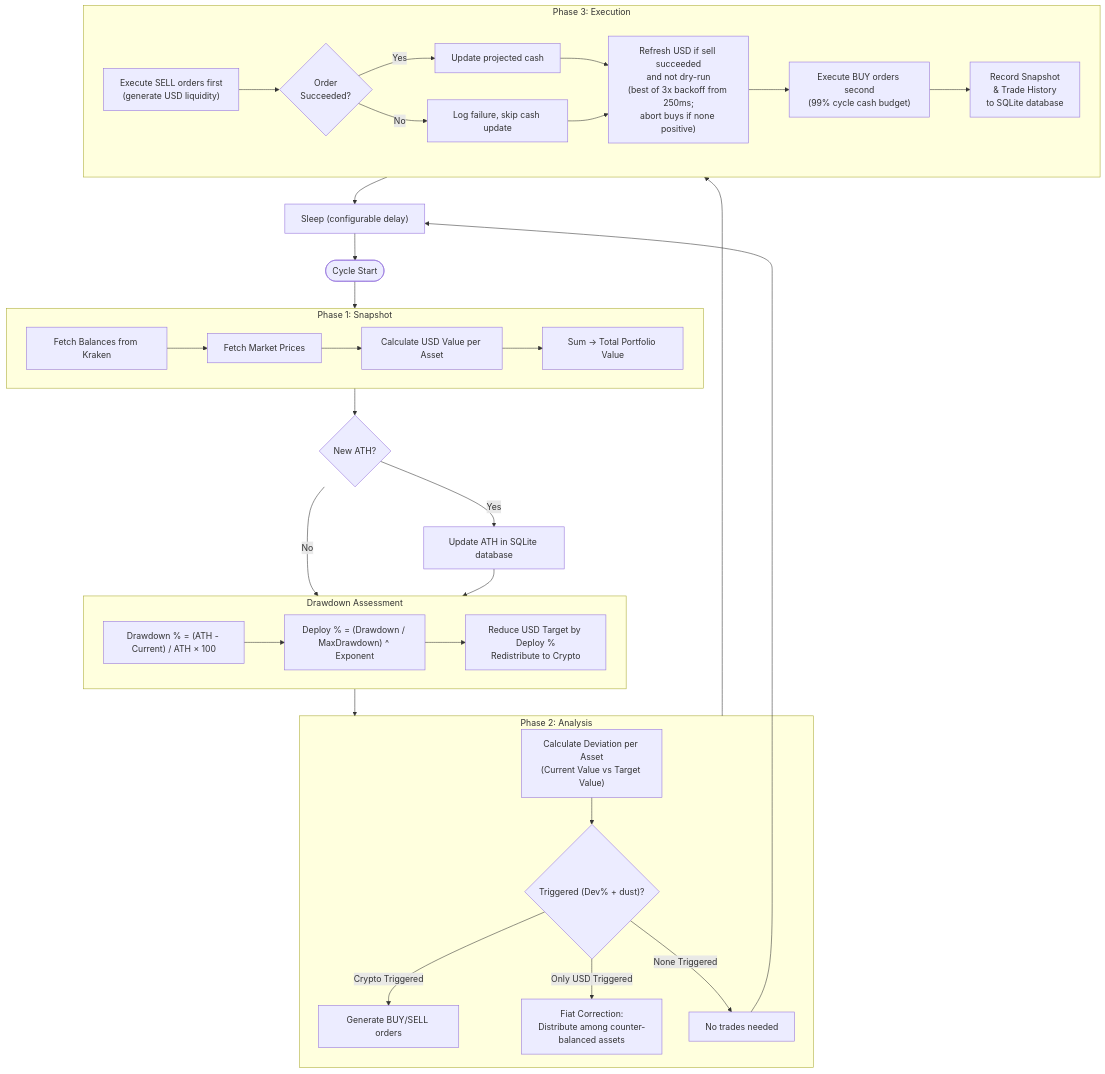
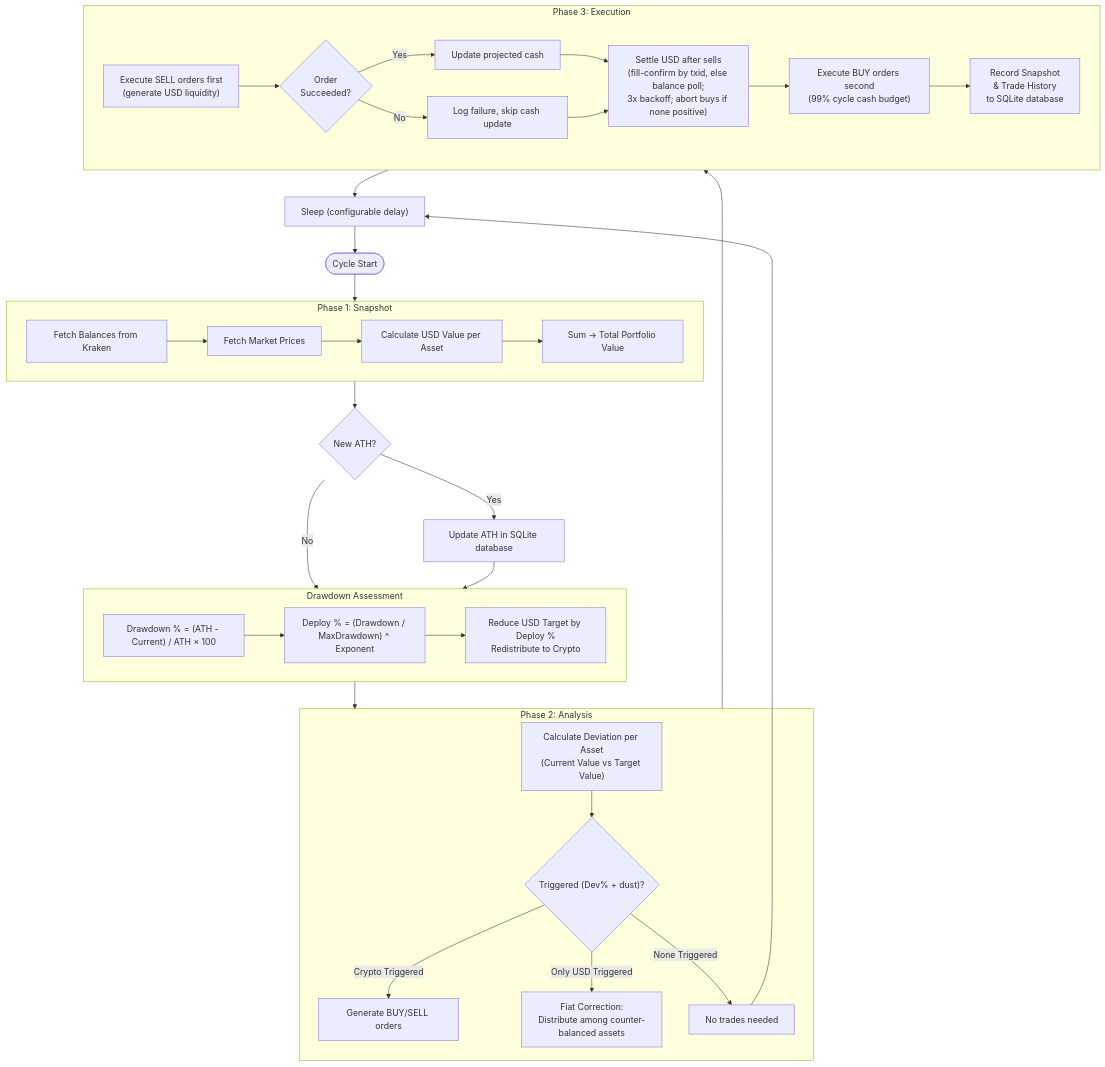
The diagram in docs/ALGORITHM.md (HyperVon/new-kraken-rebalancer), drawn with Mermaid before and after one commit. The commit also changed other lines of this file and 58 other files, not shown here.

````diff
--- a/docs/ALGORITHM.md
+++ b/docs/ALGORITHM.md
@@ -9,47 +9,47 @@
 ```mermaid
 flowchart TD
     START([Cycle Start]) --> SNAP
     
     subgraph SNAP["Phase 1: Snapshot"]
         S1[Fetch Balances from Kraken] --> S2[Fetch Market Prices]
         S2 --> S3["Calculate USD Value per Asset"]
         S3 --> S4["Sum → Total Portfolio Value"]
     end
 
     SNAP --> ATH{New ATH?}
     ATH -- Yes --> SAVE_ATH["Update ATH in SQLite database"]
     ATH -- No --> DD
     SAVE_ATH --> DD
 
     subgraph DD["Drawdown Assessment"]
         DD1["Drawdown % = (ATH - Current) / ATH × 100"]
         DD1 --> DD2["Deploy % = (Drawdown / MaxDrawdown) ^ Exponent"]
         DD2 --> DD3["Reduce USD Target by Deploy %\nRedistribute to Crypto"]
     end
 
     DD --> ANALYSIS
 
     subgraph ANALYSIS["Phase 2: Analysis"]
         A1["Calculate Deviation per Asset\n(Current Value vs Target Value)"]
         A1 --> A2{"Triggered (Dev% + dust)?"}
         A2 -- "Crypto Triggered" --> A3["Generate BUY/SELL orders"]
         A2 -- "Only USD Triggered" --> A4["Fiat Correction:\nDistribute among counter-balanced assets"]
         A2 -- "None Triggered" --> SKIP[No trades needed]
     end
 
     ANALYSIS --> EXEC
 
     subgraph EXEC["Phase 3: Execution"]
         E1["Execute SELL orders first\n(generate USD liquidity)"] --> E1R{"Order\nSucceeded?"}
         E1R -- Yes --> E1C["Update projected cash"]
         E1R -- No --> E1F["Log failure, skip cash update"]
         E1C --> E2
         E1F --> E2
-        E2["Refresh USD if sell succeeded\nand not dry-run\n(best of 3x backoff from 250ms;\nabort buys if none positive)"] --> E3["Execute BUY orders second\n(99% cycle cash budget)"]
+        E2["Settle USD after sells\n(fill-confirm by txid, else balance poll;\n3x backoff; abort buys if none positive)"] --> E3["Execute BUY orders second\n(99% cycle cash budget)"]
         E3 --> E4["Record Snapshot\n& Trade History\nto SQLite database"]
     end
 
     EXEC --> SLEEP["Sleep (configurable delay)"]
     SKIP --> SLEEP
     SLEEP --> START
 ```
````
